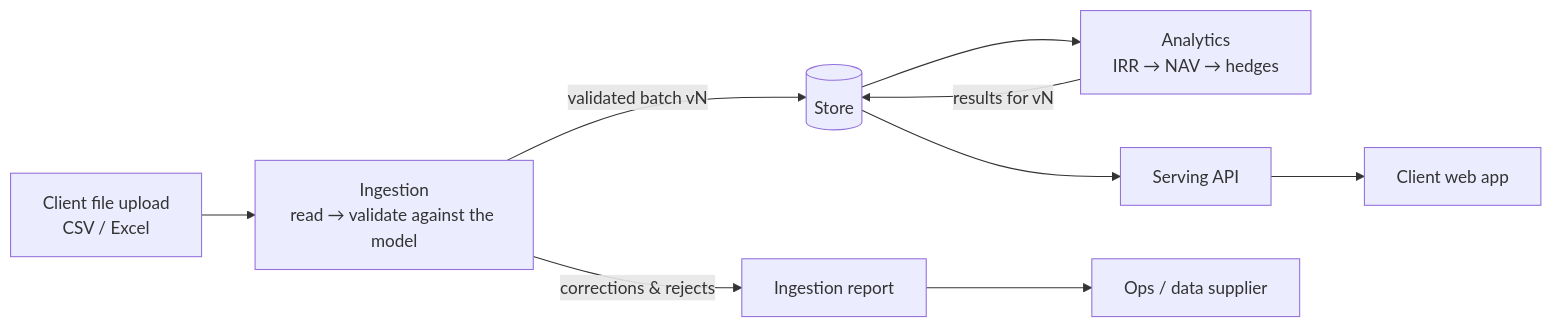
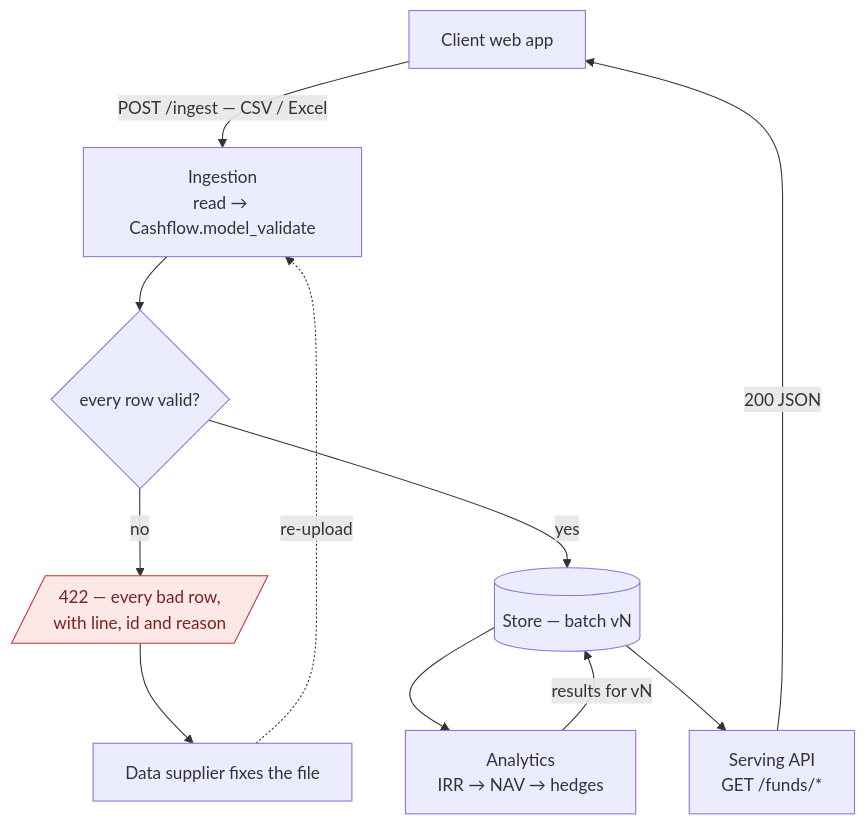
One commit to Chouvic/risk-view changed the second of 2 diagrams in docs/design.md. Above: the diagram before and after it, drawn with Mermaid. The commit also changed other lines of this file, not shown here.

First line of the commit message:
Clarify NAV schedule schema and document the pipeline's failure path

````diff
--- a/docs/design.md
+++ b/docs/design.md
@@ -83,11 +90,18 @@
 ```mermaid
-flowchart LR
-    A[Client file upload<br/>CSV / Excel] --> B[Ingestion<br/>read → validate against the model]
-    B -->|corrections & rejects| R[Ingestion report]
-    B -->|validated batch vN| C[(Store)]
-    C --> D[Analytics<br/>IRR → NAV → hedges]
-    D -->|results for vN| C
-    C --> E[Serving API]
-    E --> F[Client web app]
-    R --> G[Ops / data supplier]
+flowchart TD
+    APP["Client web app"] -->|"POST /ingest — CSV / Excel"| ING["Ingestion<br/>read → Cashflow.model_validate"]
+    ING --> OK{"every row valid?"}
+
+    OK -->|no| REJ[/"422 — every bad row,<br/>with line, id and reason"/]
+    REJ --> SUP["Data supplier fixes the file"]
+    SUP -.->|re-upload| ING
+
+    OK -->|yes| ST[("Store — batch vN")]
+    ST --> AN["Analytics<br/>IRR → NAV → hedges"]
+    AN -->|"results for vN"| ST
+    ST --> API["Serving API<br/>GET /funds/*"]
+    API -->|"200 JSON"| APP
+
+    classDef fail fill:#fde8e8,stroke:#c0392b,color:#7b241c
+    class REJ fail
 ```
````
